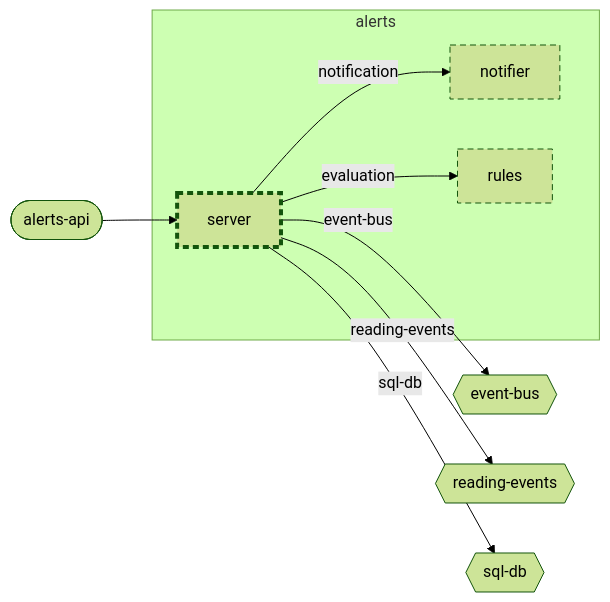
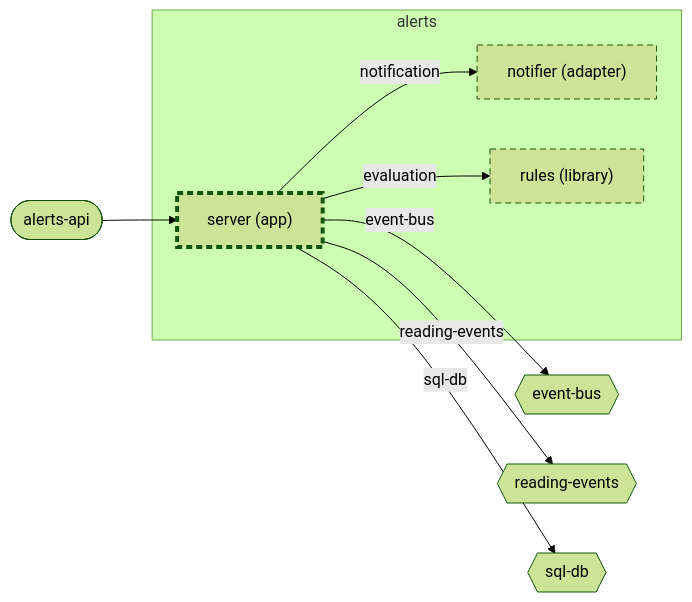
The diagram in examples/plantwatch/cloud/services/alerts/server/docs/diagrams/context.md (wackazong/unifold), drawn with Mermaid (forest theme) before and after one commit. The commit also changed other lines of this file and 339 other files, not shown here.

````diff
--- a/examples/plantwatch/cloud/services/alerts/server/docs/diagrams/context.md
+++ b/examples/plantwatch/cloud/services/alerts/server/docs/diagrams/context.md
@@ -8,24 +8,24 @@
 ```mermaid
 flowchart LR
   subgraph u_cloud__services__alerts["alerts"]
-    u_cloud__services__alerts__notifier["notifier"]
-    u_cloud__services__alerts__rules["rules"]
-    u_cloud__services__alerts__server["server"]
+    u_cloud__services__alerts__notifier["notifier (adapter)"]
+    u_cloud__services__alerts__rules["rules (library)"]
+    u_cloud__services__alerts__server["server (app)"]
   end
   n_cloud__services__alerts___event_dbus{{"event-bus"}}
   n_cloud__services__alerts___reading_devents{{"reading-events"}}
   n_cloud__services__alerts___sql_ddb{{"sql-db"}}
   p_cloud__services__alerts___alerts_dapi(["alerts-api"])
   u_cloud__services__alerts__server -->|"evaluation"| u_cloud__services__alerts__rules
   u_cloud__services__alerts__server -->|"notification"| u_cloud__services__alerts__notifier
   u_cloud__services__alerts__server -->|"event-bus"| n_cloud__services__alerts___event_dbus
   u_cloud__services__alerts__server -->|"reading-events"| n_cloud__services__alerts___reading_devents
   u_cloud__services__alerts__server -->|"sql-db"| n_cloud__services__alerts___sql_ddb
   p_cloud__services__alerts___alerts_dapi --> u_cloud__services__alerts__server
   classDef focus stroke-width:4px
   classDef planned stroke-dasharray:6 4
   classDef deprecated stroke-dasharray:2 2,opacity:0.6
   classDef plain stroke-dasharray:2 3
   class u_cloud__services__alerts__notifier,u_cloud__services__alerts__rules,u_cloud__services__alerts__server planned
   class u_cloud__services__alerts__server focus
 ```
````
